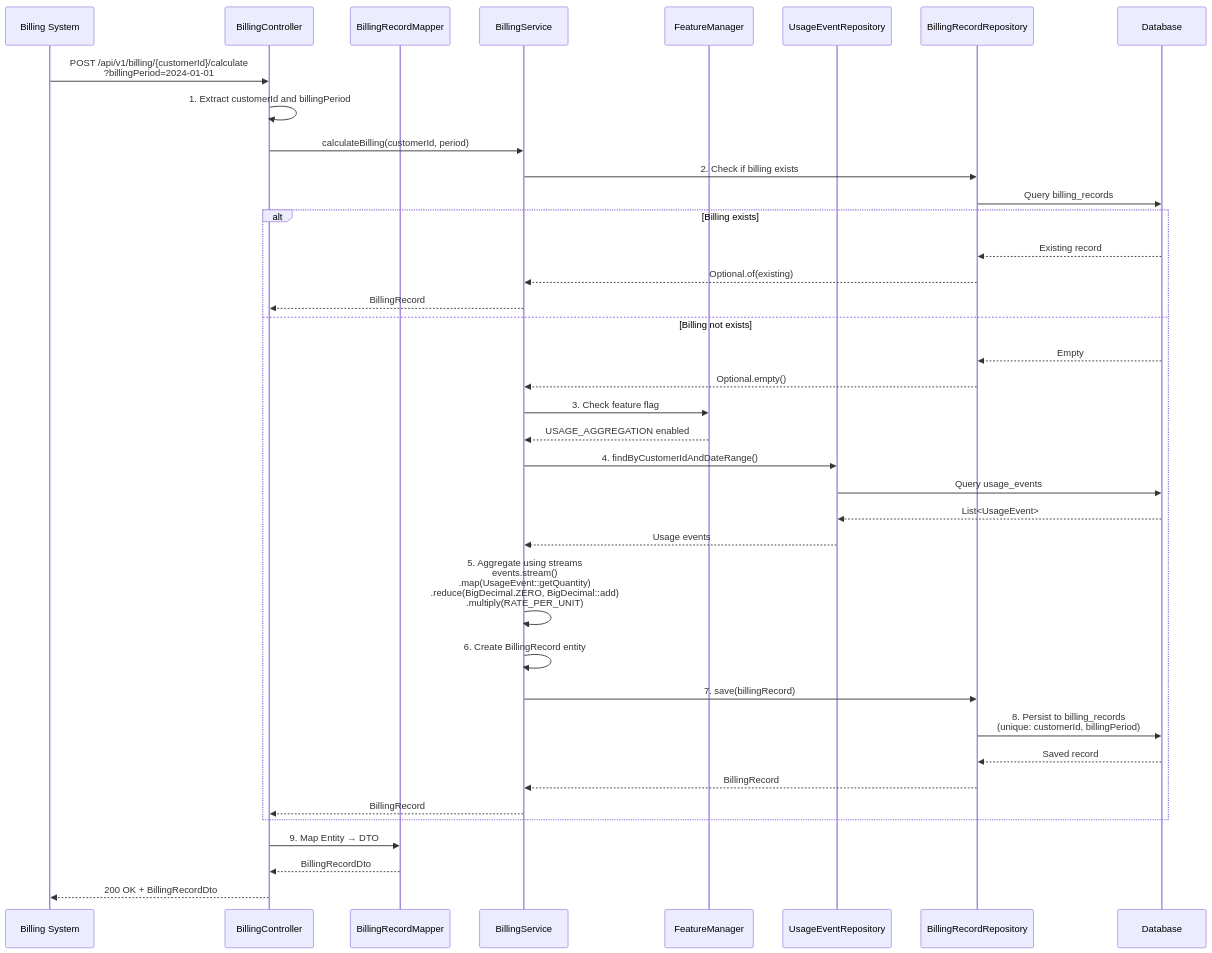
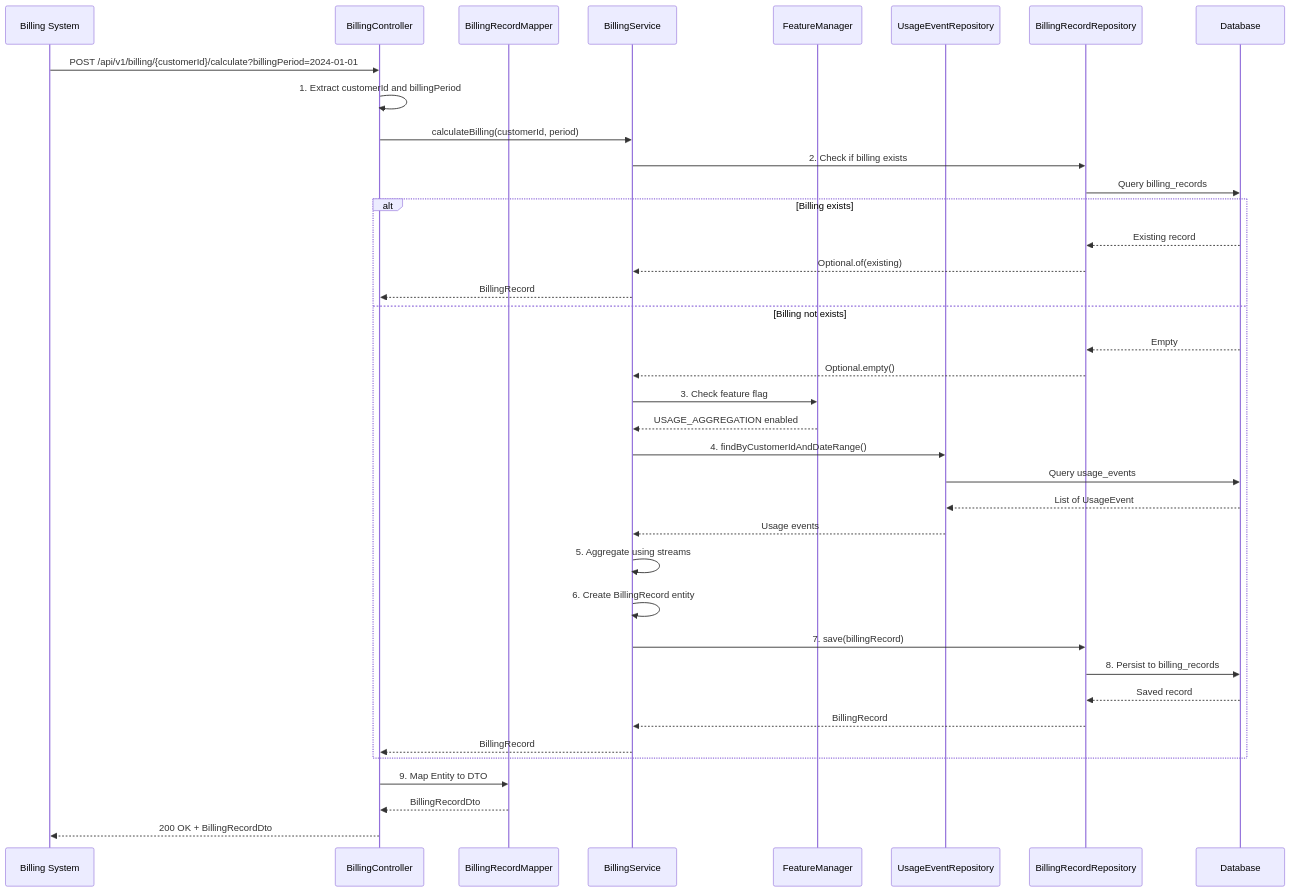
One commit to maximilianuhlmann/microservice-showcase changed the third of 5 diagrams in docs/ARCHITECTURE.md. Above: the diagram before and after it, drawn with Mermaid. The commit also changed other lines of this file and 91 other files, not shown here.

First line of the commit message:
feat: Add security, customer isolation, pricing, billing enhancements, and Bruno collection

````diff
--- a/docs/ARCHITECTURE.md
+++ b/docs/ARCHITECTURE.md
@@ -75,41 +75,41 @@
 ```mermaid
 sequenceDiagram
     participant BS as Billing System
     participant BC as BillingController
     participant BRM as BillingRecordMapper
     participant BillingS as BillingService
     participant FM as FeatureManager
     participant UER as UsageEventRepository
     participant BRR as BillingRecordRepository
     participant DB as Database
     
-    BS->>BC: POST /api/v1/billing/{customerId}/calculate<br/>?billingPeriod=2024-01-01
+    BS->>BC: POST /api/v1/billing/{customerId}/calculate?billingPeriod=2024-01-01
     BC->>BC: 1. Extract customerId and billingPeriod
     BC->>BillingS: calculateBilling(customerId, period)
     BillingS->>BRR: 2. Check if billing exists
     BRR->>DB: Query billing_records
     alt Billing exists
         DB-->>BRR: Existing record
         BRR-->>BillingS: Optional.of(existing)
         BillingS-->>BC: BillingRecord
     else Billing not exists
         DB-->>BRR: Empty
         BRR-->>BillingS: Optional.empty()
         BillingS->>FM: 3. Check feature flag
         FM-->>BillingS: USAGE_AGGREGATION enabled
         BillingS->>UER: 4. findByCustomerIdAndDateRange()
         UER->>DB: Query usage_events
-        DB-->>UER: List<UsageEvent>
+        DB-->>UER: List of UsageEvent
         UER-->>BillingS: Usage events
-        BillingS->>BillingS: 5. Aggregate using streams<br/>events.stream()<br/>.map(UsageEvent::getQuantity)<br/>.reduce(BigDecimal.ZERO, BigDecimal::add)<br/>.multiply(RATE_PER_UNIT)
+        BillingS->>BillingS: 5. Aggregate using streams
         BillingS->>BillingS: 6. Create BillingRecord entity
         BillingS->>BRR: 7. save(billingRecord)
-        BRR->>DB: 8. Persist to billing_records<br/>(unique: customerId, billingPeriod)
+        BRR->>DB: 8. Persist to billing_records
         DB-->>BRR: Saved record
         BRR-->>BillingS: BillingRecord
         BillingS-->>BC: BillingRecord
     end
-    BC->>BRM: 9. Map Entity → DTO
+    BC->>BRM: 9. Map Entity to DTO
     BRM-->>BC: BillingRecordDto
     BC-->>BS: 200 OK + BillingRecordDto
 ```
````
